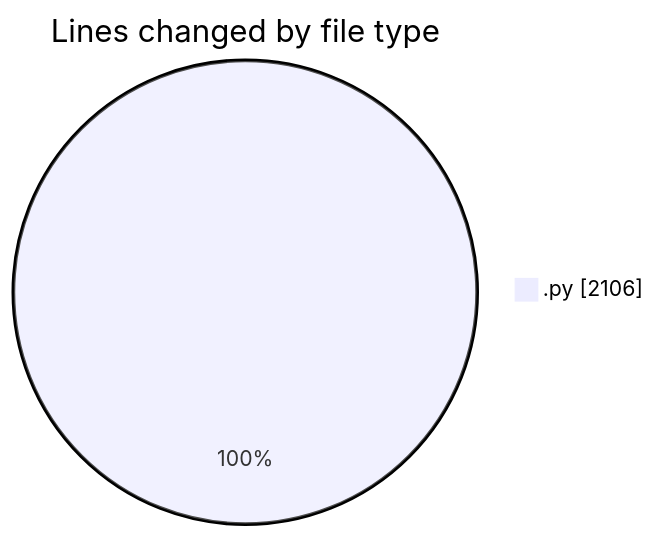
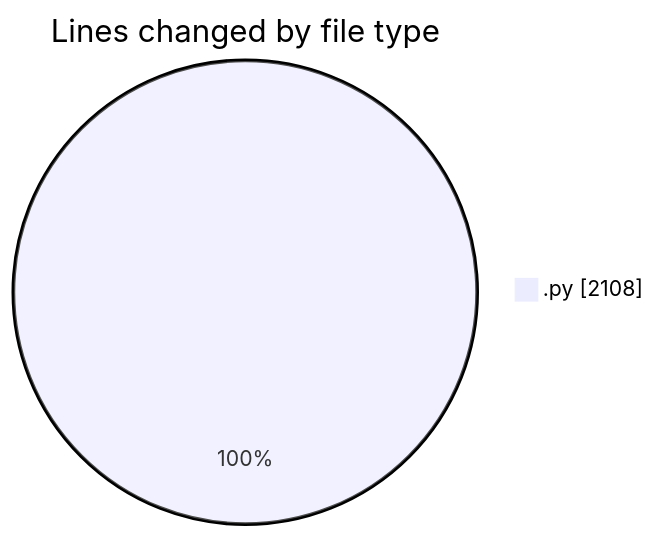
Before and after one commit to MatusMokan/code-tracking: the first of 2 diagrams in 2025-04-19/myws__workspace_/README.md, drawn with Mermaid. The commit also changed other lines of this file and 1 other file, not shown here.

````diff
--- a/2025-04-19/myws__workspace_/README.md
+++ b/2025-04-19/myws__workspace_/README.md
@@ -23,5 +23,5 @@
 ```mermaid
 pie showData
 title Lines changed by file type
-".py" : 2106
+".py" : 2108
 ```
````
